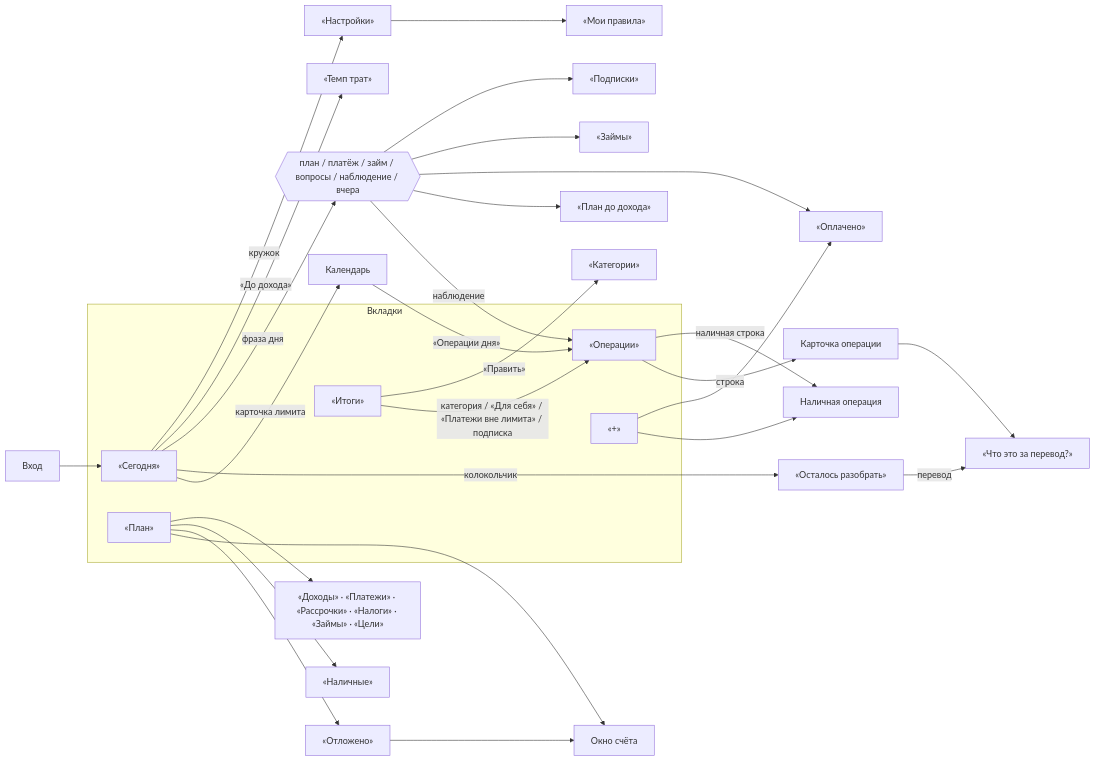
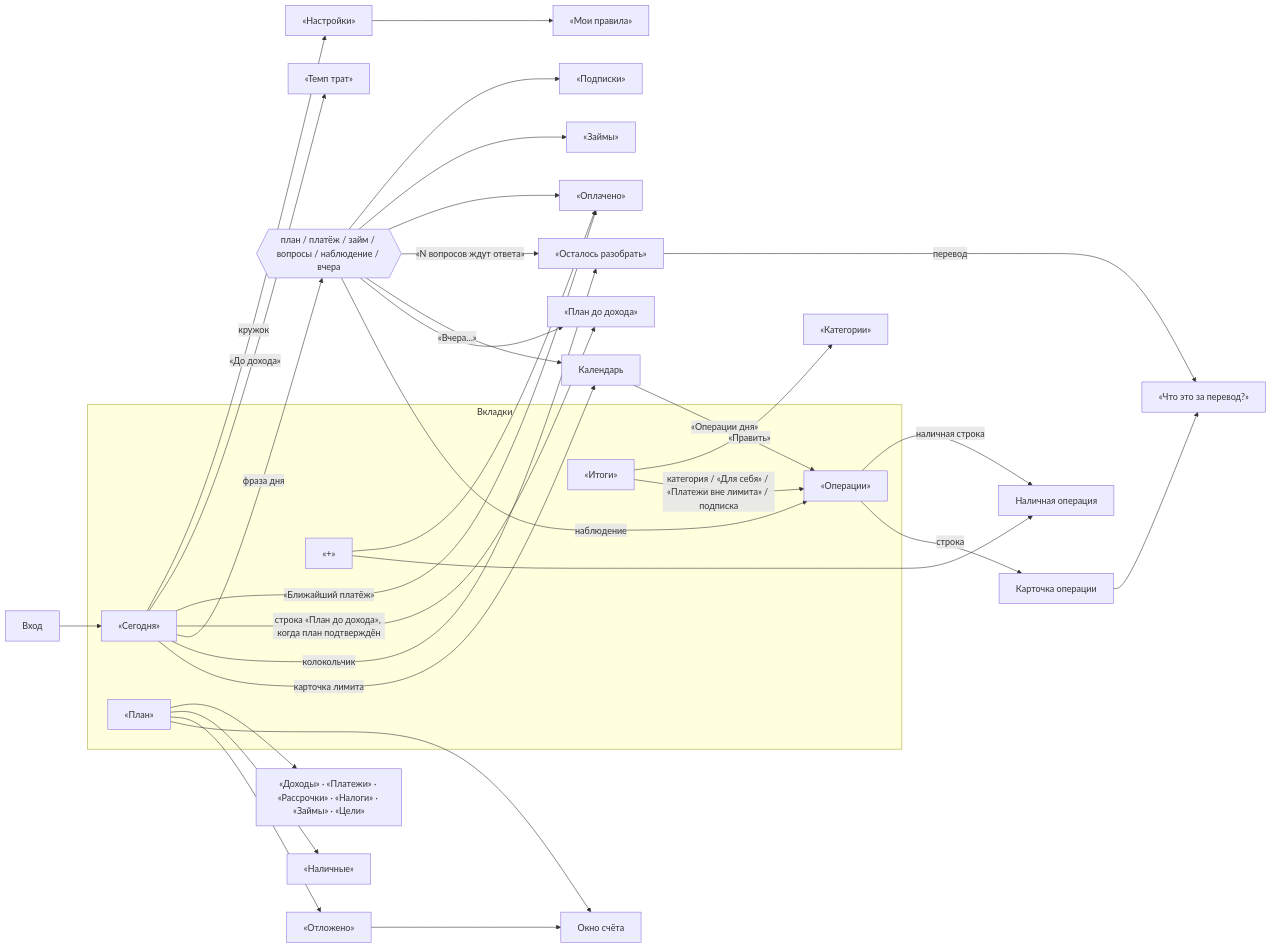
Before and after one commit to IlyaRozhok/hale: the diagram in docs/superpowers/product-review-2026-11-23.md, drawn with Mermaid. The commit also changed other lines of this file, not shown here.

````diff
--- a/docs/superpowers/product-review-2026-11-23.md
+++ b/docs/superpowers/product-review-2026-11-23.md
@@ -29,31 +29,35 @@
 ```mermaid
 flowchart LR
   Login[Вход] --> Today
   subgraph Tabs[Вкладки]
     Today[«Сегодня»]
     Ops[«Операции»]
     Plan[«План»]
     Ins[«Итоги»]
     Plus[«+»]
   end
   Today -->|карточка лимита| Cal[Календарь] -->|«Операции дня»| Ops
   Today -->|колокольчик| Q[«Осталось разобрать»] -->|перевод| Label[«Что это за перевод?»]
   Today -->|фраза дня| Phrase{{план / платёж / займ / вопросы / наблюдение / вчера}}
   Phrase --> Bridge[«План до дохода»]
+  Phrase -->|«Вчера…»| Cal
+  Phrase -->|«N вопросов ждут ответа»| Q
+  Today -->|строка «План до дохода», когда план подтверждён| Bridge
+  Today -->|«Ближайший платёж»| Paid
   Phrase --> Paid[«Оплачено»]
   Phrase --> Loans[«Займы»]
   Phrase -->|наблюдение| Ops
   Phrase --> Subs[«Подписки»]
   Today -->|«До дохода»| Pace[«Темп трат»]
   Today -->|кружок| Settings[«Настройки»] --> Rules[«Мои правила»]
   Ops -->|строка| Card[Карточка операции] --> Label
   Ops -->|наличная строка| CashOp[Наличная операция]
   Plus --> CashOp
   Plus --> Paid
   Plan --> Account[Окно счёта]
   Plan --> Aside[«Отложено»] --> Account
   Plan --> Cash[«Наличные»]
   Plan --> Sections[«Доходы» · «Платежи» · «Рассрочки» · «Налоги» · «Займы» · «Цели»]
   Ins -->|категория / «Для себя» / «Платежи вне лимита» / подписка| Ops
   Ins -->|«Править»| Cats[«Категории»]
 ```
````
